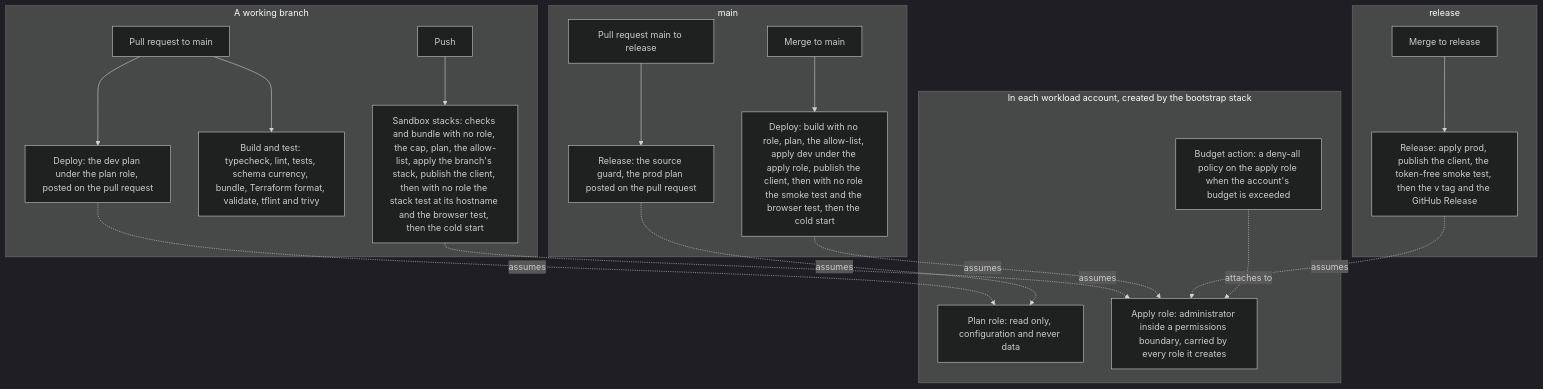
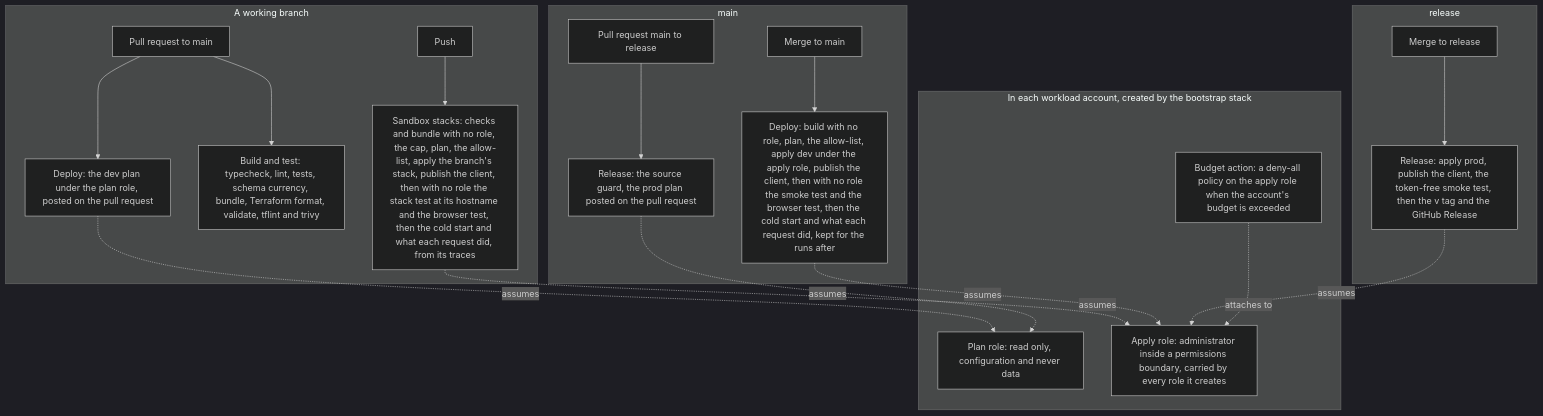
One commit to Heroic-Enterprise-Adventure-Time/HEAT changed the third of 3 diagrams in docs/architecture/overview.md. Above: the diagram before and after it, drawn with Mermaid (dark theme). The commit also changed 8 other files, not shown here.

````diff
--- a/docs/architecture/overview.md
+++ b/docs/architecture/overview.md
@@ -69,26 +69,26 @@
 ```mermaid
 flowchart TB
   subgraph branch["A working branch"]
-    push["Push"] --> sandbox["Sandbox stacks: checks and bundle with no role, the cap, plan, the allow-list, apply the branch's stack, publish the client, then with no role the stack test at its hostname and the browser test, then the cold start"]
+    push["Push"] --> sandbox["Sandbox stacks: checks and bundle with no role, the cap, plan, the allow-list, apply the branch's stack, publish the client, then with no role the stack test at its hostname and the browser test, then the cold start and what each request did, from its traces"]
     pr["Pull request to main"] --> ci["Build and test: typecheck, lint, tests, schema currency, bundle, Terraform format, validate, tflint and trivy"]
     pr --> devplan["Deploy: the dev plan under the plan role, posted on the pull request"]
   end
   subgraph mainb["main"]
-    merge["Merge to main"] --> dev["Deploy: build with no role, plan, the allow-list, apply dev under the apply role, publish the client, then with no role the smoke test and the browser test, then the cold start"]
+    merge["Merge to main"] --> dev["Deploy: build with no role, plan, the allow-list, apply dev under the apply role, publish the client, then with no role the smoke test and the browser test, then the cold start and what each request did, kept for the runs after"]
     rpr["Pull request main to release"] --> guard["Release: the source guard, the prod plan posted on the pull request"]
   end
   subgraph releaseb["release"]
     rmerge["Merge to release"] --> prod["Release: apply prod, publish the client, the token-free smoke test, then the v tag and the GitHub Release"]
   end
   subgraph account["In each workload account, created by the bootstrap stack"]
     planrole["Plan role: read only, configuration and never data"]
     applyrole["Apply role: administrator inside a permissions boundary, carried by every role it creates"]
     budget["Budget action: a deny-all policy on the apply role when the account's budget is exceeded"]
   end
   devplan -. assumes .-> planrole
   guard -. assumes .-> planrole
   sandbox -. assumes .-> applyrole
   dev -. assumes .-> applyrole
   prod -. assumes .-> applyrole
   budget -. attaches to .-> applyrole
 ```
````
